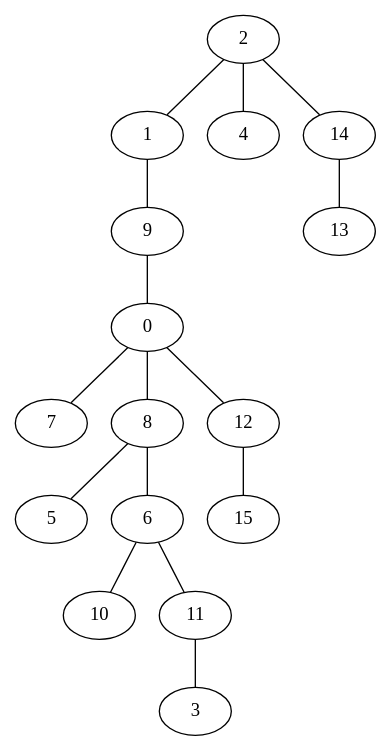
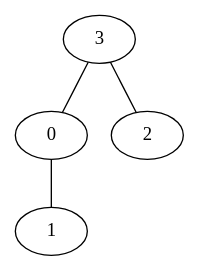
The diagram in experiments/pygrapghviz.dot (VillegasGG/greedy-firefighter-problem), drawn with Graphviz before and after one commit. The commit also changed 2 other files, not shown here.

```diff
--- a/experiments/pygrapghviz.dot
+++ b/experiments/pygrapghviz.dot
@@ -1,17 +1,5 @@
 strict graph "" {
-	2 -- 1;
-	2 -- 4;
-	2 -- 14;
-	1 -- 9;
-	14 -- 13;
-	9 -- 0;
-	0 -- 7;
-	0 -- 8;
-	0 -- 12;
-	8 -- 5;
-	8 -- 6;
-	12 -- 15;
-	6 -- 10;
-	6 -- 11;
-	11 -- 3;
+	3 -- 0;
+	3 -- 2;
+	0 -- 1;
 }
```
